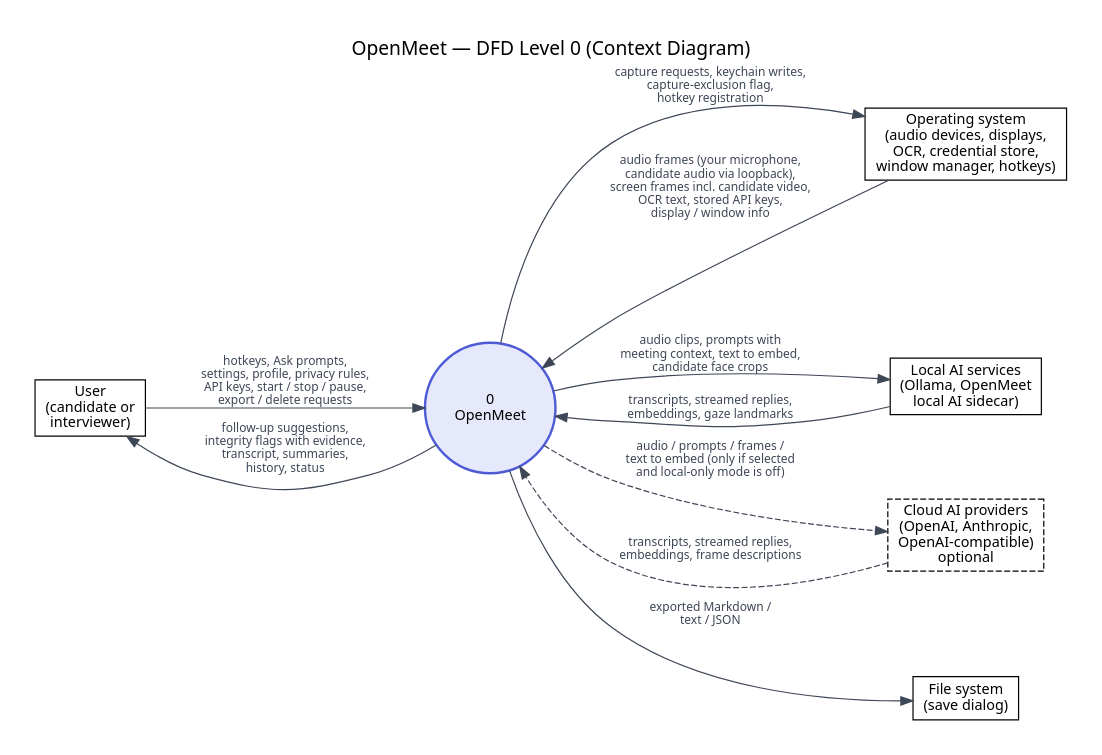
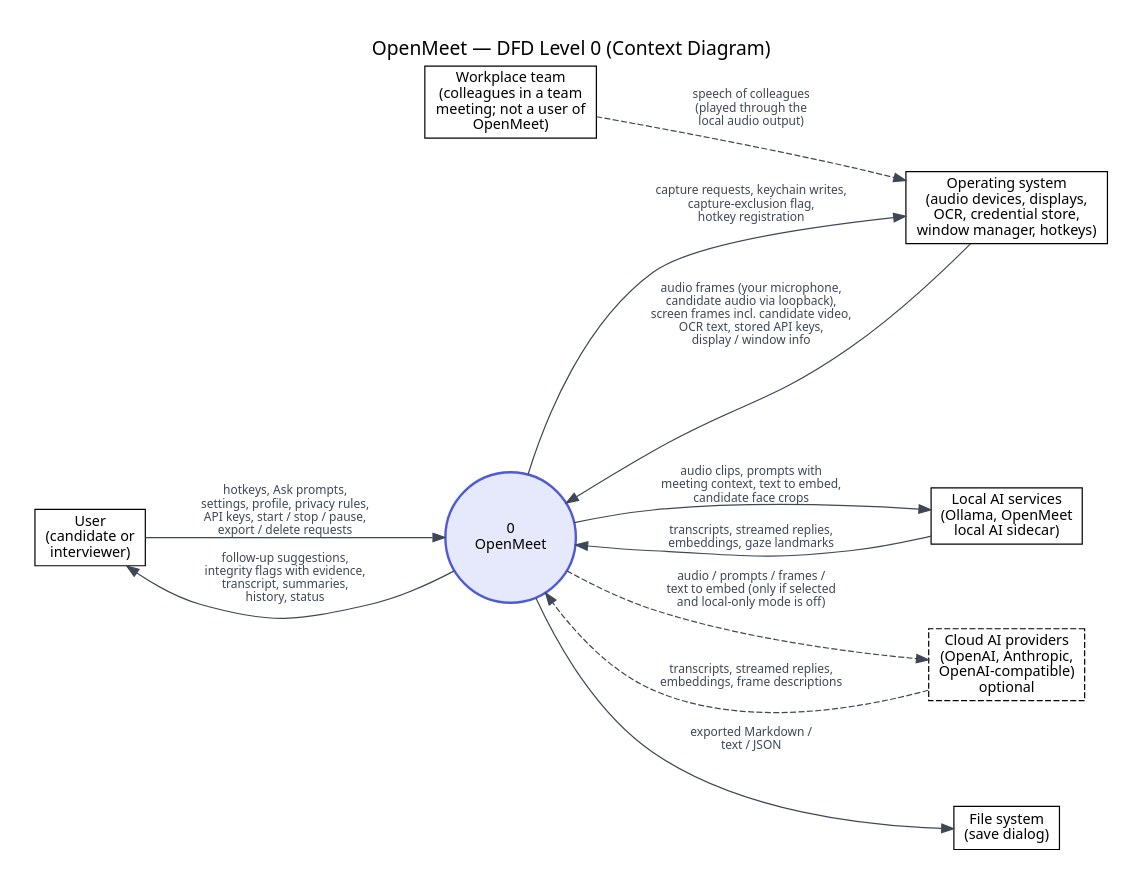
Before and after one commit to AekamSidhu/Major-Project: the diagram in diagrams/dfd/dfd-level-0-context.dot, drawn with Graphviz. The commit also changed 11 other files, not shown here.

Commit message:
Put workplace mode back in the DFDs as built

```diff
--- a/diagrams/dfd/dfd-level-0-context.dot
+++ b/diagrams/dfd/dfd-level-0-context.dot
@@ -1,33 +1,37 @@
 // Derived from: crates/openmeet-platform/src (audio, screen, ocr, privacy), src-tauri/src/secrets.rs (keyring),
 //   crates/openmeet-providers/src/factory.rs and the provider adapters, crates/openmeet-engine/src (Engine), crates/openmeet-store/src.
 // DFD Level 0 (context diagram): OpenMeet as a single process and the
 // external entities it exchanges data with. Yourdon–DeMarco notation:
 // rectangle = external entity, circle = process. Speech (the interviewer's
 // and the candidate's) and the candidate's video reach OpenMeet only through
 // the operating system's audio devices and displays, so they are flows from
-// the OS entity. Internal data stores (meeting database, settings) are not
+// the OS entity. In workplace mode the colleagues' speech (the "workplace team"
+// entity) also reaches OpenMeet only through the OS audio devices; OpenMeet
+// sends nothing to the team (the follow-up message is copied by the user). Internal data stores (meeting database, settings) are not
 // shown at this level; they appear as D1–D4 in Level 1.
 digraph dfd0 {
   graph [rankdir=LR, fontname="Segoe UI", fontsize=16, labelloc=t, nodesep=0.7, ranksep=1.3,
          label="OpenMeet — DFD Level 0 (Context Diagram)", pad=0.3];
   node  [fontname="Segoe UI", fontsize=12];
   edge  [fontname="Segoe UI", fontsize=10, color="#3E4756", fontcolor="#3E4756"];
 
   user   [shape=box, style="filled", fillcolor="#FFFFFF", label="User\n(candidate or\ninterviewer)"];
   os     [shape=box, style="filled", fillcolor="#FFFFFF", label="Operating system\n(audio devices, displays,\nOCR, credential store,\nwindow manager, hotkeys)"];
   local  [shape=box, style="filled", fillcolor="#FFFFFF", label="Local AI services\n(Ollama, OpenMeet\nlocal AI sidecar)"];
   cloud  [shape=box, style="filled,dashed", fillcolor="#FFFFFF", label="Cloud AI providers\n(OpenAI, Anthropic,\nOpenAI-compatible)\noptional"];
   files  [shape=box, style="filled", fillcolor="#FFFFFF", label="File system\n(save dialog)"];
+  team   [shape=box, style="filled", fillcolor="#FFFFFF", label="Workplace team\n(colleagues in a team\nmeeting; not a user of\nOpenMeet)"];
 
   sys [shape=circle, style="filled", fillcolor="#E6E9FB", color="#4F5BD5", penwidth=2, label="0\nOpenMeet"];
 
   user -> sys   [label="hotkeys, Ask prompts,\nsettings, profile, privacy rules,\nAPI keys, start / stop / pause,\nexport / delete requests"];
   sys  -> user  [label="follow-up suggestions,\nintegrity flags with evidence,\ntranscript, summaries,\nhistory, status"];
   os -> sys     [label="audio frames (your microphone,\ncandidate audio via loopback),\nscreen frames incl. candidate video,\nOCR text, stored API keys,\ndisplay / window info"];
+  team -> os    [label="speech of colleagues\n(played through the\nlocal audio output)", style=dashed];
   sys -> os     [label="capture requests, keychain writes,\ncapture-exclusion flag,\nhotkey registration"];
   sys -> local  [label="audio clips, prompts with\nmeeting context, text to embed,\ncandidate face crops"];
   local -> sys  [label="transcripts, streamed replies,\nembeddings, gaze landmarks"];
   sys -> cloud  [label="audio / prompts / frames /\ntext to embed (only if selected\nand local-only mode is off)", style=dashed];
   cloud -> sys  [label="transcripts, streamed replies,\nembeddings, frame descriptions", style=dashed];
   sys -> files  [label="exported Markdown /\ntext / JSON"];
 }
```
